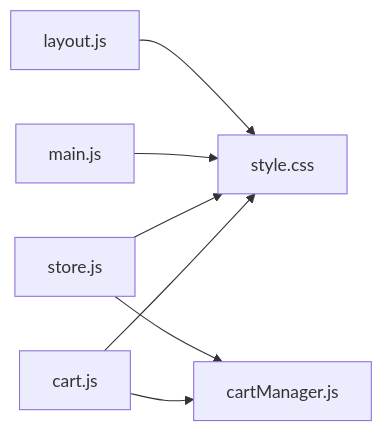
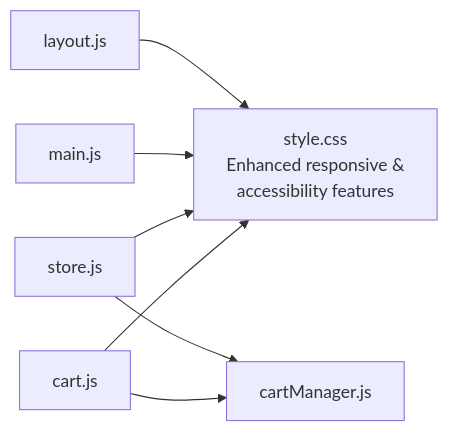
One commit to SirD33k/activezone changed the seventh of 7 diagrams in .qoder/repowiki/en/content/Frontend Architecture/Layout Management.md. Above: the diagram before and after it, drawn with Mermaid. The commit also changed other lines of this file and 3 other files, not shown here.

````diff
--- a/.qoder/repowiki/en/content/Frontend Architecture/Layout Management.md
+++ b/.qoder/repowiki/en/content/Frontend Architecture/Layout Management.md
@@ -267,9 +408,9 @@
 ```mermaid
 graph LR
-LAYOUT["layout.js"] --> STYLE["style.css"]
+LAYOUT["layout.js"] --> STYLE["style.css<br/>Enhanced responsive &<br/>accessibility features"]
 MAIN["main.js"] --> STYLE
 STORE["store.js"] --> STYLE
 STORE --> CARTMAN["cartManager.js"]
 CART["cart.js"] --> STYLE
 CART --> CARTMAN
 ```
````
